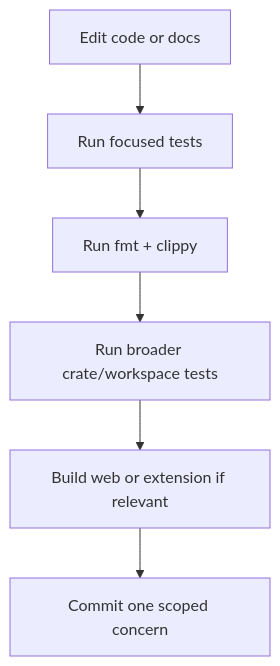
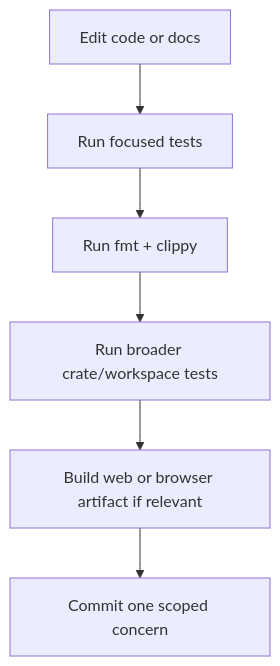
Before and after one commit to nepalibhasha/varnavinyas: the diagram in docs/DEVELOPMENT.md, drawn with Mermaid. The commit also changed other lines of this file and 19 other files, not shown here.

Commit message:
refactor: retire in-repo browser extension

````diff
--- a/docs/DEVELOPMENT.md
+++ b/docs/DEVELOPMENT.md
@@ -40,11 +40,11 @@
 ```mermaid
 flowchart TD
     A[Edit code or docs]
     B[Run focused tests]
     C[Run fmt + clippy]
     D[Run broader crate/workspace tests]
-    E[Build web or extension if relevant]
+    E[Build web or browser artifact if relevant]
     F[Commit one scoped concern]
 
     A --> B --> C --> D --> E --> F
 ```
````
